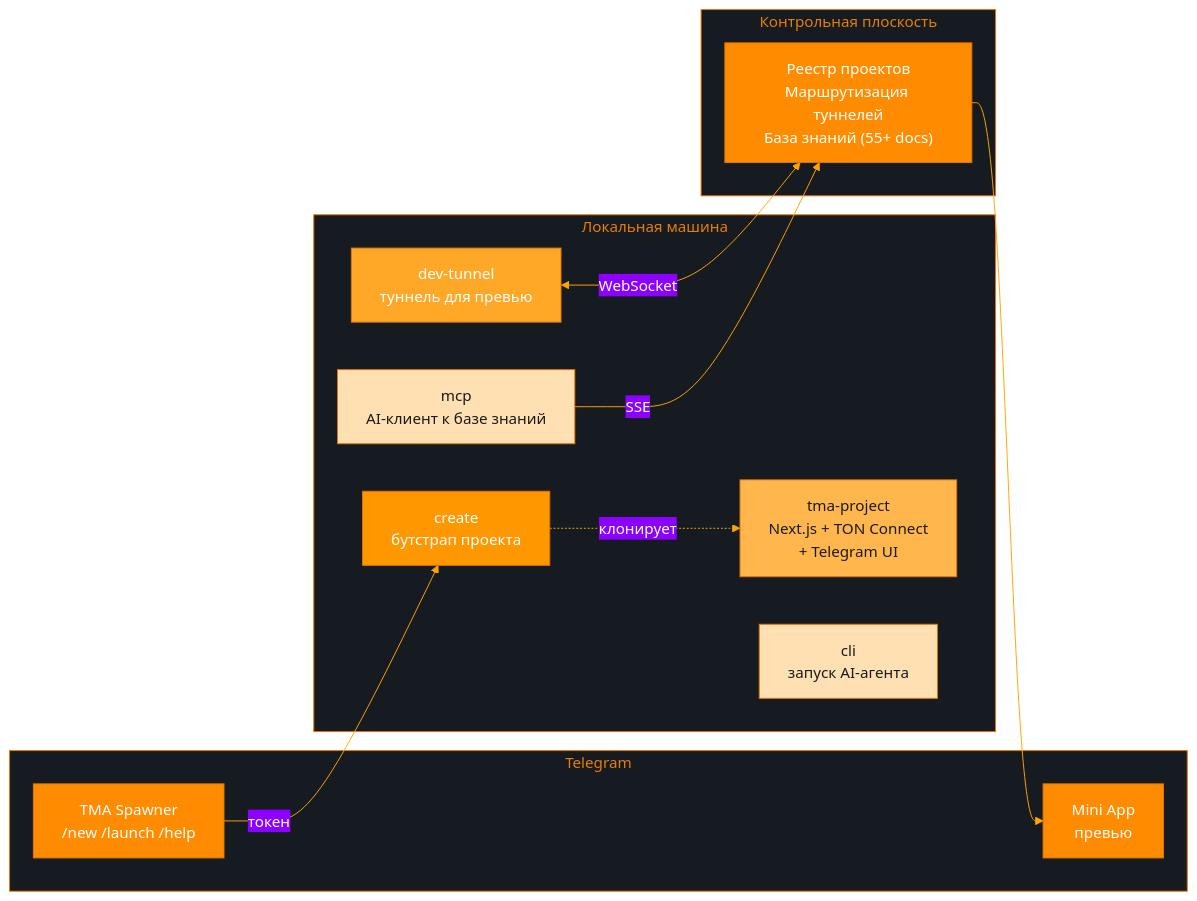
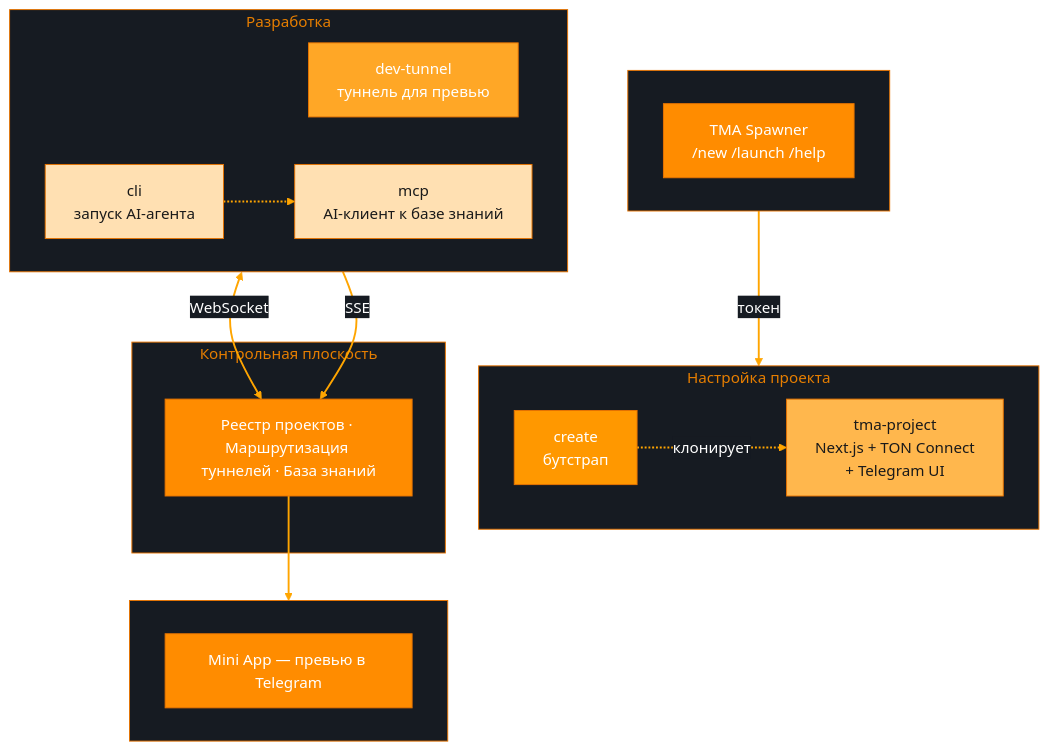
The second of 2 diagrams in profile/README.md (SpawnDock/.github), drawn with Mermaid before and after one commit.

Commit message:
docs: reorganize architecture diagram by phases
- Vertical TD flow: bot → setup → development → cloud → preview
- Group by phase: setup (create + template), dev (tunnel + mcp + cli)
- cli now connected to mcp, bot and preview separated as start/end

````diff
--- a/profile/README.md
+++ b/profile/README.md
@@ -53,35 +53,48 @@
 ```mermaid
-%%{init: {'theme': 'base', 'themeVariables': {'primaryColor': '#ff8c00', 'primaryTextColor': '#fff', 'primaryBorderColor': '#e67300', 'lineColor': '#ffa500', 'clusterBkg': '#161b22', 'clusterBorder': '#e67300', 'background': '#0d1117'}}}%%
-flowchart LR
-  subgraph bot["Telegram"]
+%%{init: {'theme': 'base', 'themeVariables': {'primaryColor': '#ff8c00', 'primaryTextColor': '#fff', 'primaryBorderColor': '#e67300', 'lineColor': '#ffa500', 'clusterBkg': '#161b22', 'clusterBorder': '#e67300', 'background': '#0d1117', 'edgeLabelBackground': '#161b22'}}}%%
+flowchart TD
+  subgraph start [" "]
+    direction LR
     spawner["TMA Spawner\n/new  /launch  /help"]
-    preview["Mini App\nпревью"]
   end
 
-  subgraph local["Локальная машина"]
-    create["create\nбутстрап проекта"]
+  subgraph setup ["Настройка проекта"]
+    direction LR
+    create["create\nбутстрап"]
     tmpl["tma-project\nNext.js + TON Connect\n+ Telegram UI"]
+    create -.->|клонирует| tmpl
+  end
+
+  subgraph dev ["Разработка"]
+    direction LR
     tunnel["dev-tunnel\nтуннель для превью"]
     mcp["mcp\nAI-клиент к базе знаний"]
     cli["cli\nзапуск AI-агента"]
+    cli -.-> mcp
   end
 
-  subgraph cloud["Контрольная плоскость"]
-    api["Реестр проектов\nМаршрутизация туннелей\nБаза знаний (55+ docs)"]
+  subgraph cloud ["Контрольная плоскость"]
+    api["Реестр проектов · Маршрутизация туннелей · База знаний"]
+  end
+
+  subgraph result [" "]
+    direction LR
+    preview["Mini App — превью в Telegram"]
   end
 
   spawner -->|"токен"| create
-  create -.->|клонирует| tmpl
   tunnel <-->|WebSocket| api
   mcp -->|SSE| api
   api --> preview
 
   style spawner fill:#ff8c00,stroke:#e67300,color:#fff
-  style preview fill:#ff8c00,stroke:#e67300,color:#fff
   style create fill:#ff9800,stroke:#e67300,color:#fff
   style tmpl fill:#ffb74d,stroke:#e67300,color:#1a1a1a
   style tunnel fill:#ffa726,stroke:#e67300,color:#fff
   style mcp fill:#ffe0b2,stroke:#e67300,color:#1a1a1a
   style cli fill:#ffe0b2,stroke:#e67300,color:#1a1a1a
   style api fill:#ff8c00,stroke:#e67300,color:#fff
+  style preview fill:#ff8c00,stroke:#e67300,color:#fff
+
+  linkStyle default stroke:#ffa500,stroke-width:2px
 ```
````
